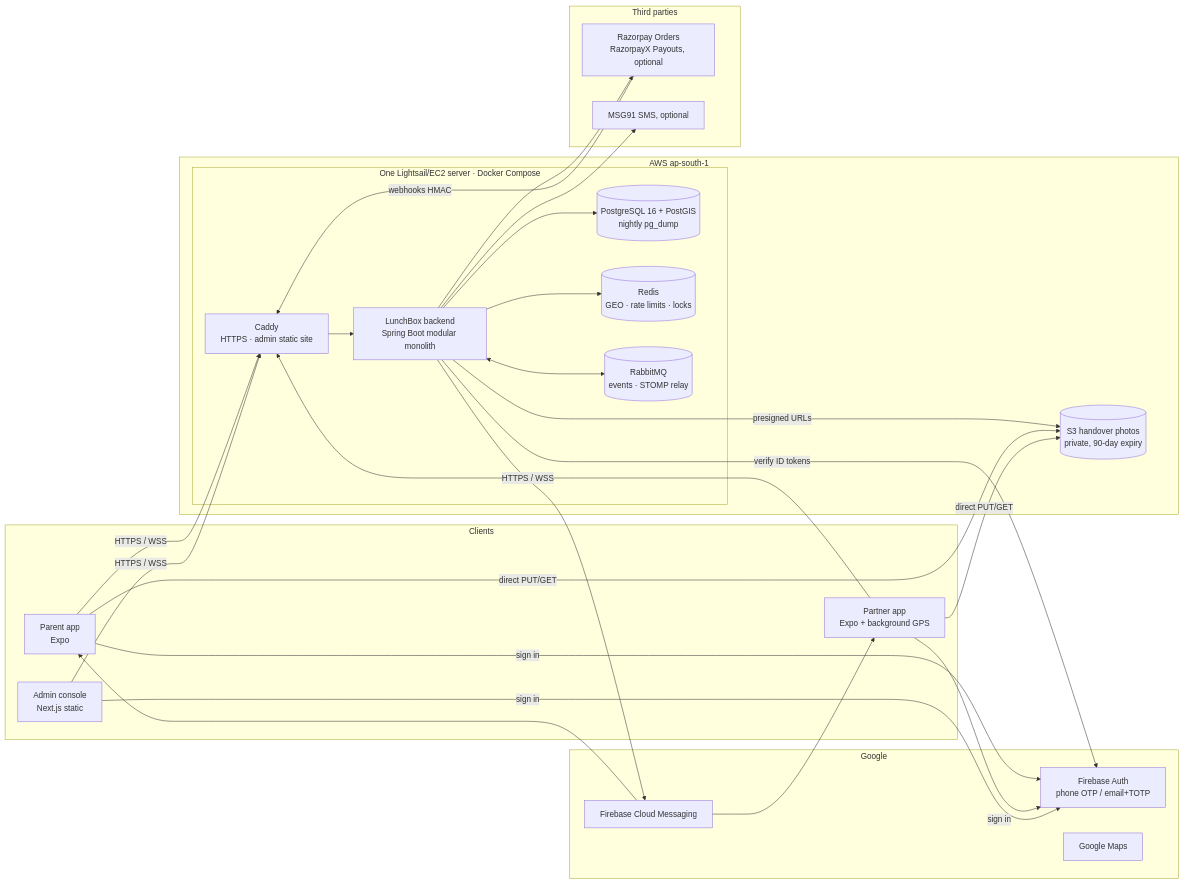
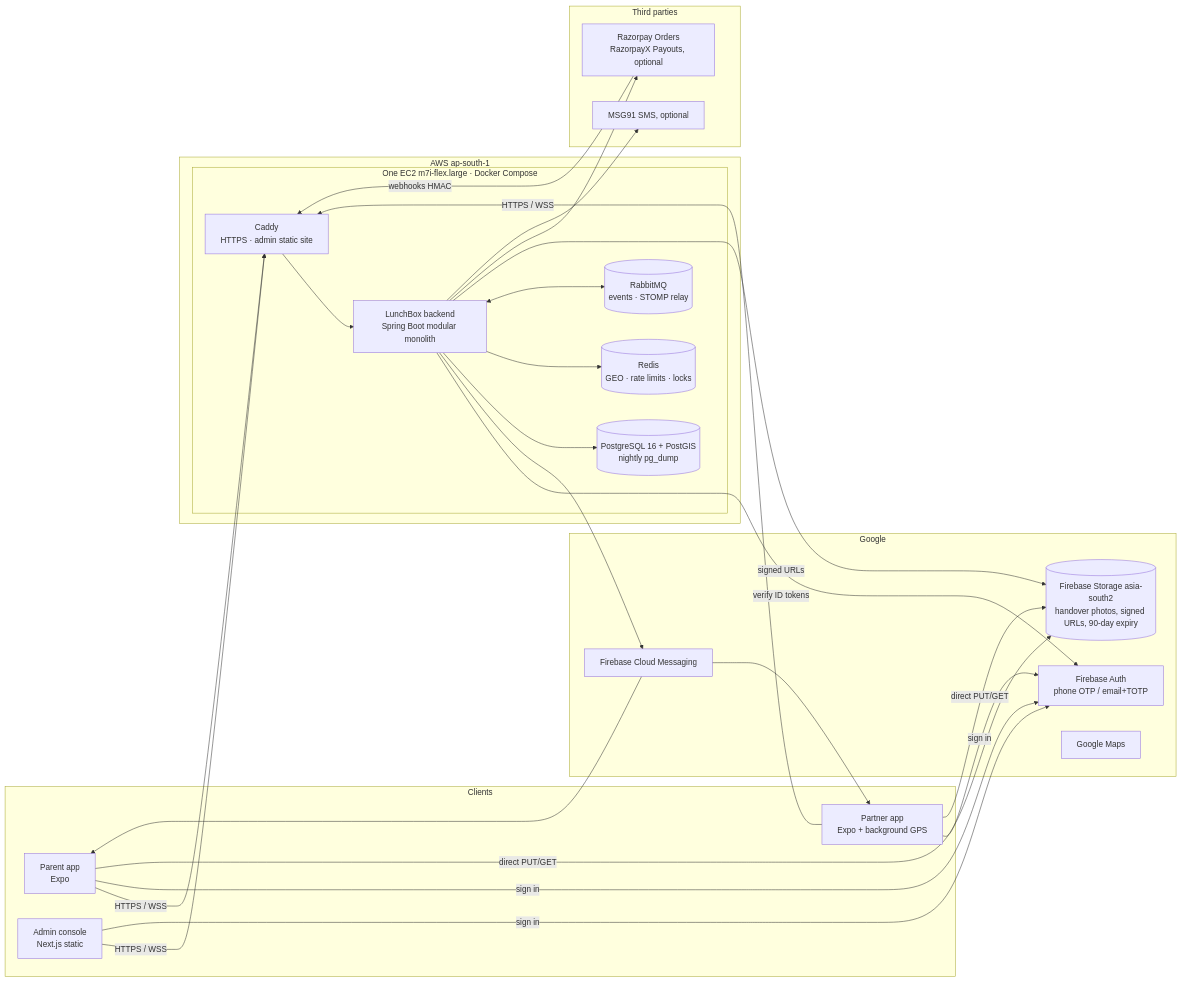
The first of 3 diagrams in docs/architecture.md (Bhargavvz/LunchBox), drawn with Mermaid before and after one commit. The commit also changed 10 other files, not shown here.

First line of the commit message:
build(deploy): size the server for an EC2 m7i-flex.large on the AWS free plan

````diff
--- a/docs/architecture.md
+++ b/docs/architecture.md
@@ -5,38 +5,38 @@
 ```mermaid
 flowchart LR
     subgraph Clients
         P[Parent app<br/>Expo]
         D[Partner app<br/>Expo + background GPS]
         A[Admin console<br/>Next.js static]
     end
     subgraph Google
         FA[Firebase Auth<br/>phone OTP / email+TOTP]
         FCM[Firebase Cloud Messaging]
+        S3[(Firebase Storage asia-south2<br/>handover photos, signed URLs, 90-day expiry)]
         GM[Google Maps]
     end
     subgraph AWS ap-south-1
-        subgraph Server[One Lightsail/EC2 server · Docker Compose]
+        subgraph Server[One EC2 m7i-flex.large · Docker Compose]
             CADDY[Caddy<br/>HTTPS · admin static site]
             API[LunchBox backend<br/>Spring Boot modular monolith]
             PG[(PostgreSQL 16 + PostGIS<br/>nightly pg_dump)]
             RDC[(Redis<br/>GEO · rate limits · locks)]
             MQ[(RabbitMQ<br/>events · STOMP relay)]
         end
-        S3[(S3 handover photos<br/>private, 90-day expiry)]
     end
     subgraph Third parties
         RZ[Razorpay Orders<br/>RazorpayX Payouts, optional]
         MSG[MSG91 SMS, optional]
     end
     P & D & A -- HTTPS / WSS --> CADDY --> API
     P & D & A -- sign in --> FA
     API -- verify ID tokens --> FA
     API --> FCM --> P & D
     API --> PG
     API --> RDC
     API <--> MQ
-    API -- presigned URLs --> S3
+    API -- signed URLs --> S3
     P & D -- direct PUT/GET --> S3
     API --> RZ & MSG
     RZ -- webhooks HMAC --> CADDY
 ```
````
